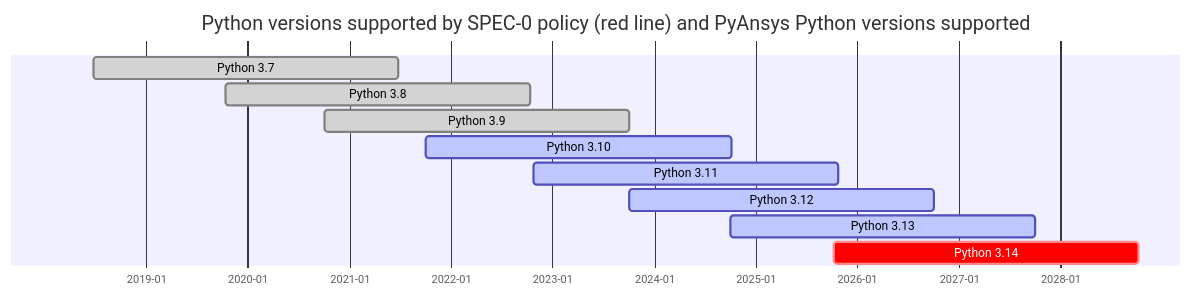
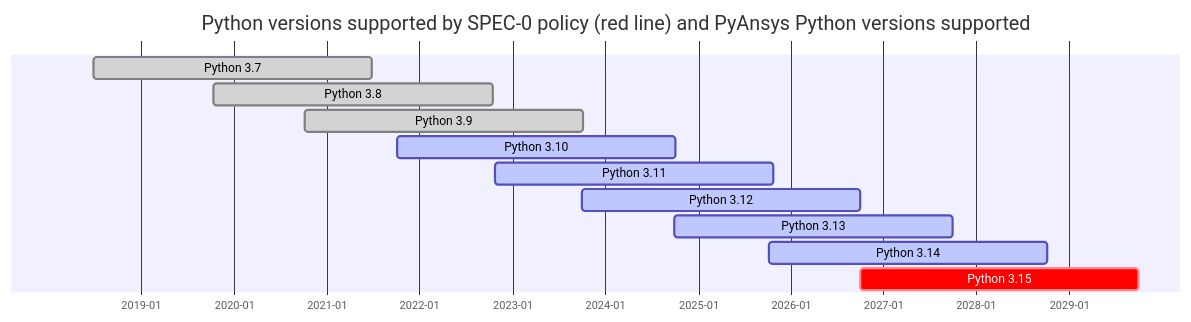
The diagram in doc/source/getting-started/prerequisites.rst (ansys/pyansys), drawn with Mermaid before and after one commit. The commit also changed 6 other files, not shown here.

```diff
--- a/doc/source/getting-started/prerequisites.rst
+++ b/doc/source/getting-started/prerequisites.rst
@@ -28,18 +28,19 @@
 .. mermaid::
     :caption: Python versions supported by SPEC-0 policy (red line) and PyAnsys Python versions supported (color coded)
     :alt: Current Python versions supported by the PyAnsys metapackage
     :align: center
 
     gantt
         title Python versions supported by SPEC-0 policy (red line) and PyAnsys Python versions supported
         dateFormat YYYY-MM-DD
         axisFormat %Y-%m
 
         Python 3.7  :done,   des1, 2018-06-27, 3y
         Python 3.8  :done,   des2, 2019-10-14, 3y
         Python 3.9  :done,   des3, 2020-10-05, 3y
         Python 3.10 :active, des4, 2021-10-04, 3y
         Python 3.11 :active, des5, 2022-10-24, 3y
         Python 3.12 :active, des6, 2023-10-02, 3y
         Python 3.13 :active, des7, 2024-10-01, 3y
-        Python 3.14 :crit,   des8, 2025-10-07, 3y
+        Python 3.14 :active, des8, 2025-10-07, 3y
+        Python 3.15 :crit,   des8, 2026-10-01, 3y
```
